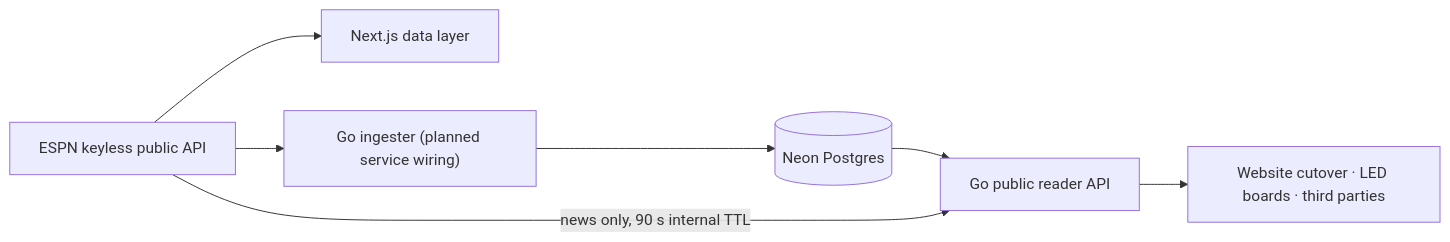
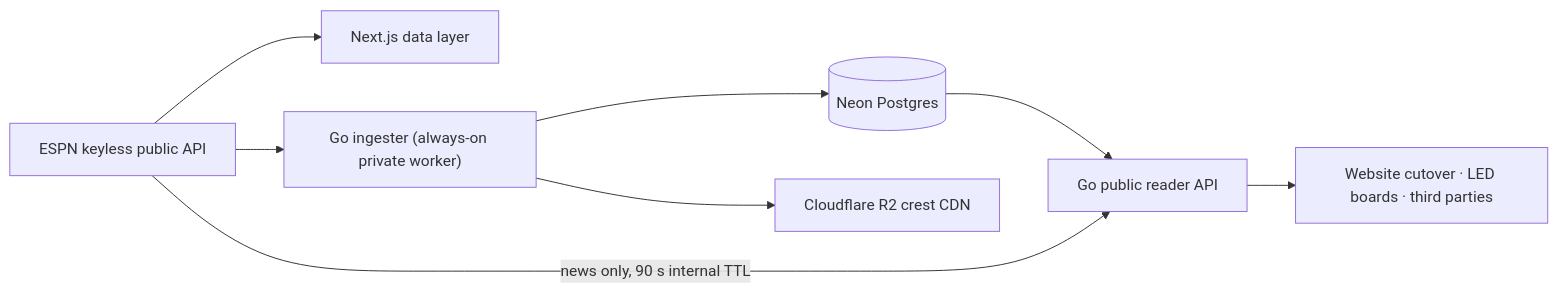
The diagram in README.md (mcasillas17/ScoreArc), drawn with Mermaid before and after one commit. The commit also changed other lines of this file and 41 other files, not shown here.

First line of the commit message:
feat: add production ingester service

````diff
--- a/README.md
+++ b/README.md
@@ -9,9 +9,10 @@
 ```mermaid
 flowchart LR
   ESPN["ESPN keyless public API"] --> Web["Next.js data layer"]
-  ESPN --> Ingester["Go ingester (planned service wiring)"]
+  ESPN --> Ingester["Go ingester (always-on private worker)"]
   Ingester --> DB[("Neon Postgres")]
+  Ingester --> R2["Cloudflare R2 crest CDN"]
   DB --> Reader["Go public reader API"]
   ESPN -->|"news only, 90 s internal TTL"| Reader
   Reader --> Consumers["Website cutover · LED boards · third parties"]
 ```
````
